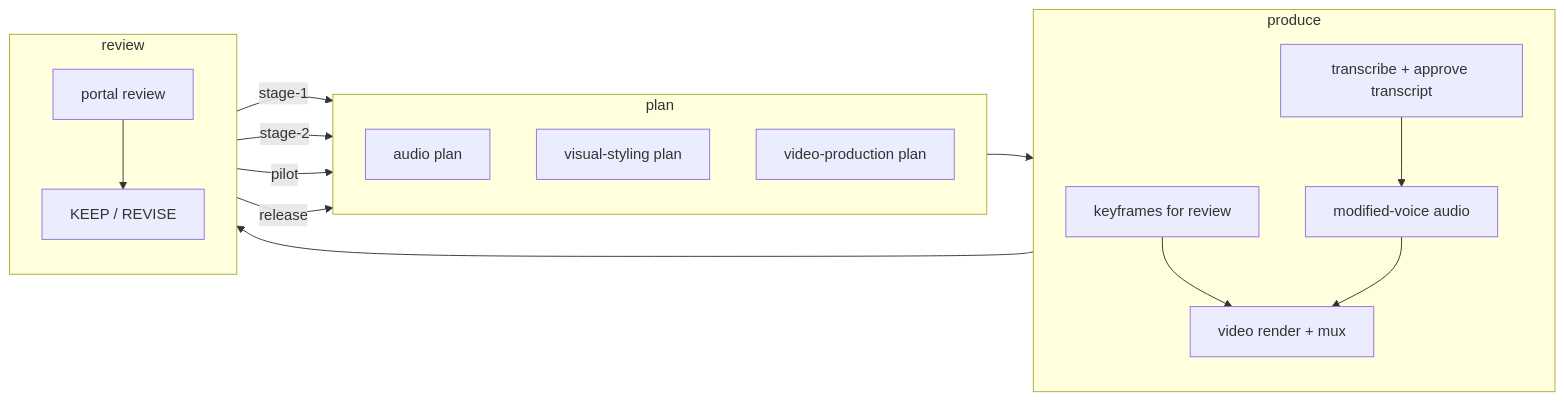
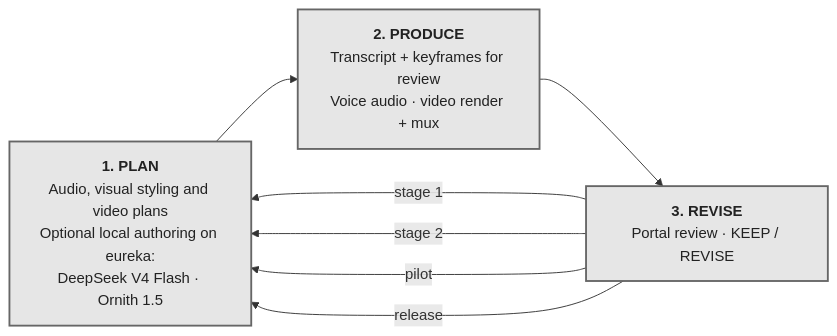
The third of 3 diagrams in docs/workflows.md (bdekoz/izzi.public), drawn with Mermaid before and after one commit. The commit also changed other lines of this file and 6458 other files, not shown here.

````diff
--- a/docs/workflows.md
+++ b/docs/workflows.md
@@ -106,35 +315,14 @@
 ```mermaid
 flowchart LR
-    subgraph PLAN["plan"]
-        direction TB
-        AUDIOPLAN["audio plan"]
-        STYLEPLAN["visual-styling plan"]
-        VIDEOPLAN["video-production plan"]
-    end
-
-    subgraph PRODUCE["produce"]
-        direction TB
-        TRANSCRIPT["transcribe + approve transcript"]
-        KEYFRAMES["keyframes for review"]
-        VOICE["modified-voice audio"]
-        VIDEO["video render + mux"]
-
-        TRANSCRIPT --> VOICE
-        KEYFRAMES --> VIDEO
-        VOICE --> VIDEO
-    end
-
-    subgraph REVIEW["review"]
-        direction TB
-        PORTAL["portal review"]
-        DECISION["KEEP / REVISE"]
-        PORTAL --> DECISION
-    end
-
+    PLAN["<b>1. PLAN</b><br/>Audio, visual styling and video plans<br/>Optional local authoring on eureka:<br/>DeepSeek V4 Flash · Ornith 1.5"]
+    PRODUCE["<b>2. PRODUCE</b><br/>Transcript + keyframes for review<br/>Voice audio · video render + mux"]
+    REVIEW["<b>3. REVISE</b><br/>Portal review · KEEP / REVISE"]
     PLAN --> PRODUCE
     PRODUCE --> REVIEW
-    REVIEW -->|stage-1| PLAN
-    REVIEW -->|stage-2| PLAN
+    REVIEW -->|stage 1| PLAN
+    REVIEW -->|stage 2| PLAN
     REVIEW -->|pilot| PLAN
     REVIEW -->|release| PLAN
+    classDef local fill:#e6e6e6,stroke:#666666,color:#222222,stroke-width:2px
+    class PLAN,PRODUCE,REVIEW local
 ```
````
